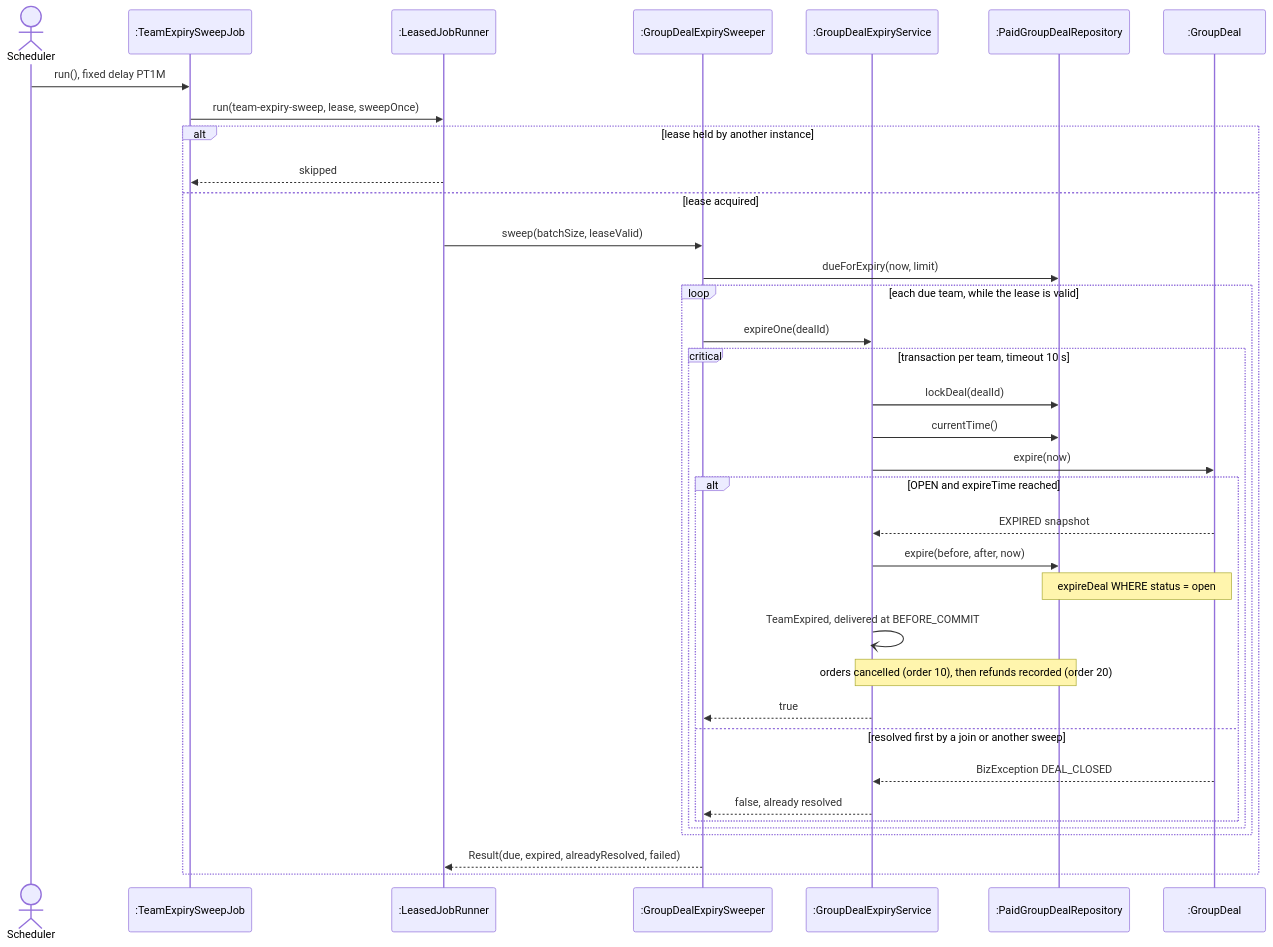
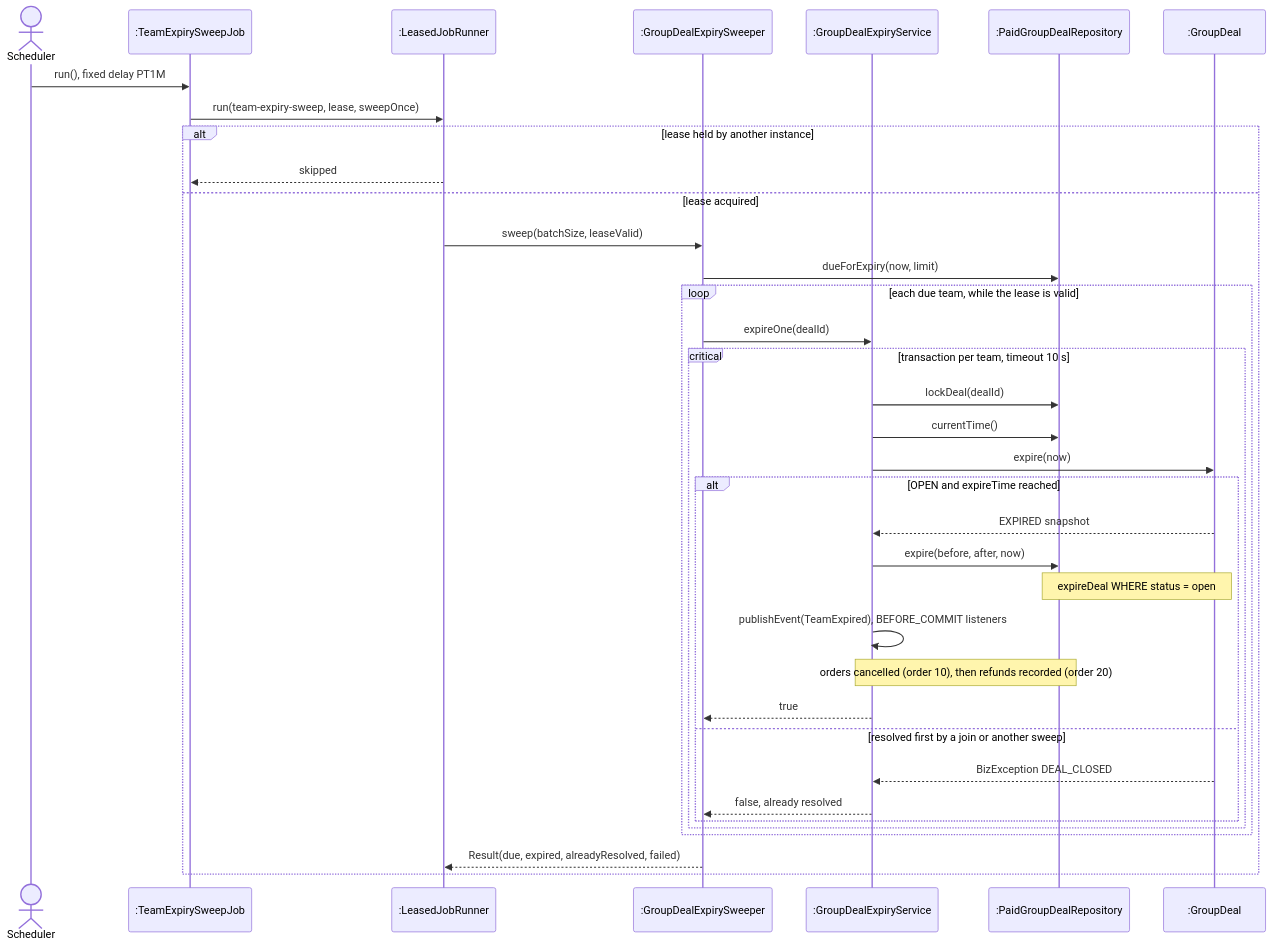
Before and after one commit to PPsyrius/iss-groupbuy-team8: diagram 17 of 17 in docs/swe5006/report/sections/03-4-5-liu-jin.md, drawn with Mermaid. The commit also changed other lines of this file and 17 other files, not shown here.

````diff
--- a/docs/swe5006/report/sections/03-4-5-liu-jin.md
+++ b/docs/swe5006/report/sections/03-4-5-liu-jin.md
@@ -861,38 +862,38 @@
 ```mermaid
 sequenceDiagram
     actor Scheduler
     participant J as :TeamExpirySweepJob
     participant L as :LeasedJobRunner
     participant W as :GroupDealExpirySweeper
     participant X as :GroupDealExpiryService
     participant R as :PaidGroupDealRepository
     participant G as :GroupDeal
     Scheduler->>J: run(), fixed delay PT1M
     J->>L: run(team-expiry-sweep, lease, sweepOnce)
     alt lease held by another instance
         L-->>J: skipped
     else lease acquired
         L->>W: sweep(batchSize, leaseValid)
         W->>R: dueForExpiry(now, limit)
         loop each due team, while the lease is valid
             W->>X: expireOne(dealId)
             critical transaction per team, timeout 10 s
                 X->>R: lockDeal(dealId)
                 X->>R: currentTime()
                 X->>G: expire(now)
                 alt OPEN and expireTime reached
                     G-->>X: EXPIRED snapshot
                     X->>R: expire(before, after, now)
                     Note over R,G: expireDeal WHERE status = open
-                    X-)X: TeamExpired, delivered at BEFORE_COMMIT
+                    X->>X: publishEvent(TeamExpired), BEFORE_COMMIT listeners
                     Note over X,R: orders cancelled (order 10), then refunds recorded (order 20)
                     X-->>W: true
                 else resolved first by a join or another sweep
                     G-->>X: BizException DEAL_CLOSED
                     X-->>W: false, already resolved
                 end
             end
         end
         W-->>L: Result(due, expired, alreadyResolved, failed)
     end
 ```
````
